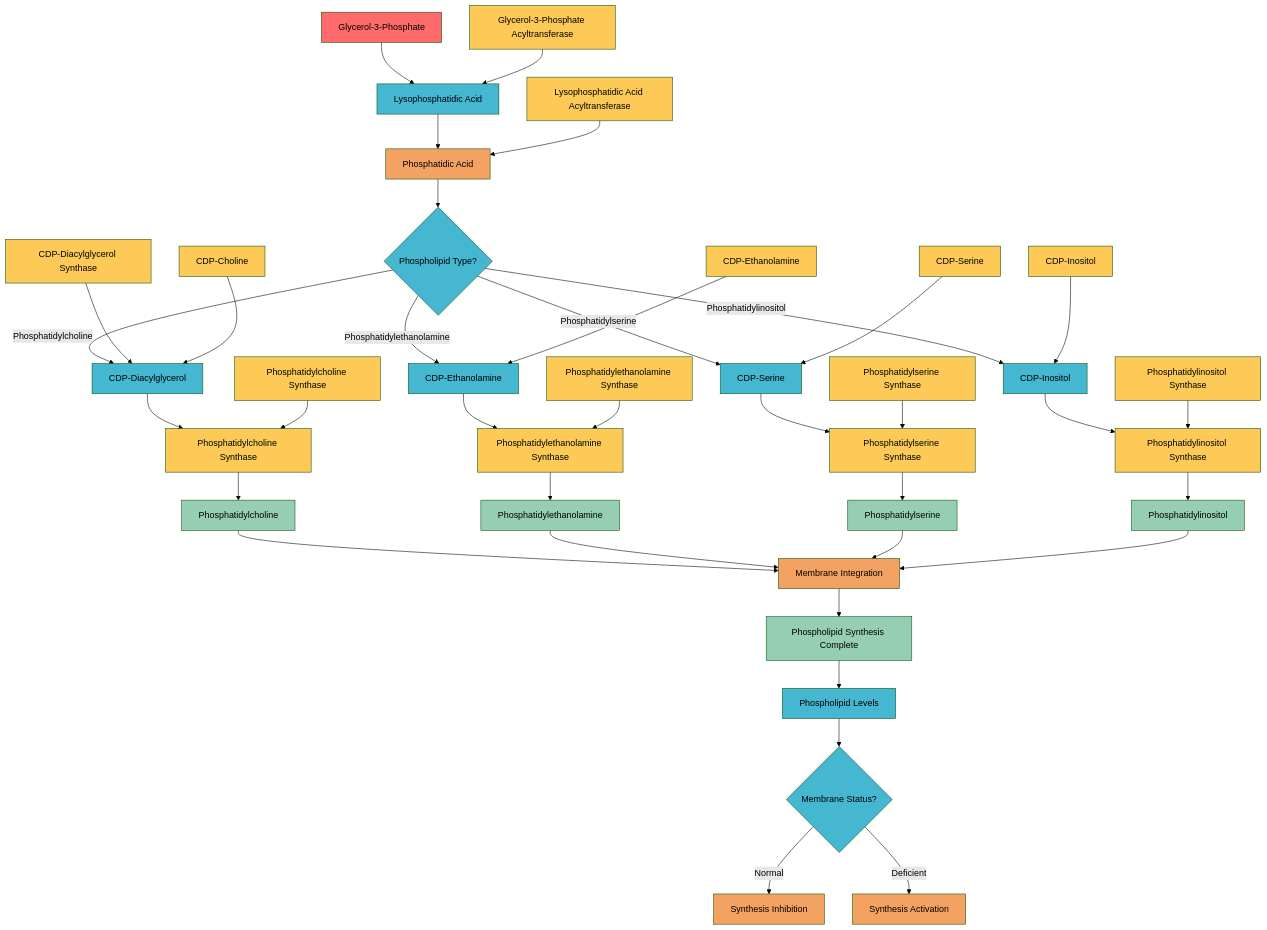
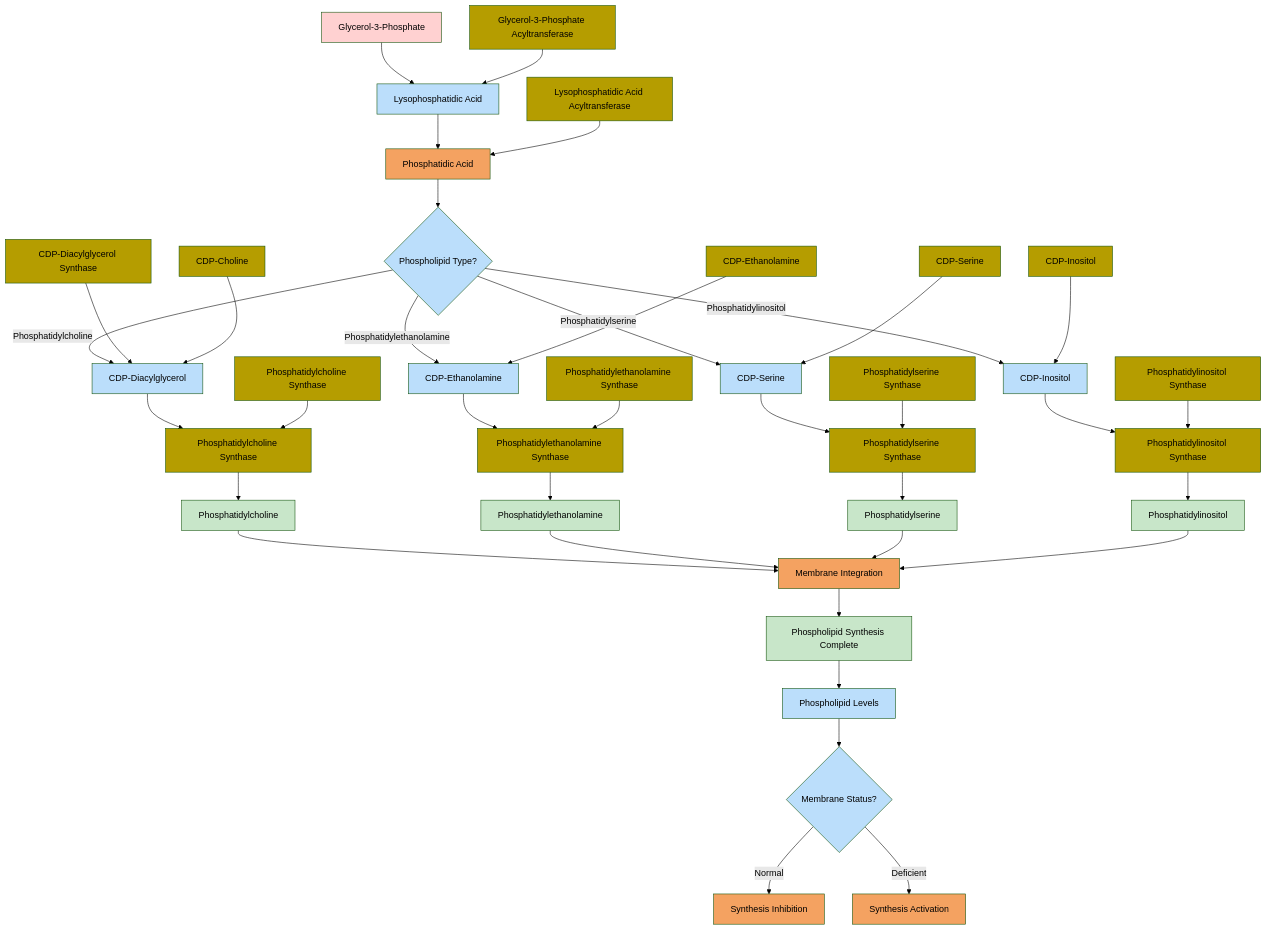
Before and after one commit to garywelz/glmp: the diagram in docs/paper/community/contributions/new_charts/batch6_03_phospholipid_synthesis.mmd, drawn with Mermaid (forest theme). The commit also changed 251 other files, not shown here.

Commit message:
Update color scheme for biological process flowcharts

```diff
--- a/docs/paper/community/contributions/new_charts/batch6_03_phospholipid_synthesis.mmd
+++ b/docs/paper/community/contributions/new_charts/batch6_03_phospholipid_synthesis.mmd
@@ -1,81 +1,81 @@
 graph TD
     A[Glycerol-3-Phosphate] --> B[Lysophosphatidic Acid]
     B --> C[Phosphatidic Acid]
     C --> D{Phospholipid Type?}
     D -->|Phosphatidylcholine| E[CDP-Diacylglycerol]
     D -->|Phosphatidylethanolamine| F[CDP-Ethanolamine]
     D -->|Phosphatidylserine| G[CDP-Serine]
     D -->|Phosphatidylinositol| H[CDP-Inositol]
     
     E --> I[Phosphatidylcholine Synthase]
     I --> J[Phosphatidylcholine]
     
     F --> K[Phosphatidylethanolamine Synthase]
     K --> L[Phosphatidylethanolamine]
     
     G --> M[Phosphatidylserine Synthase]
     M --> N[Phosphatidylserine]
     
     H --> O[Phosphatidylinositol Synthase]
     O --> P[Phosphatidylinositol]
     
     J --> Q[Membrane Integration]
     L --> Q
     N --> Q
     P --> Q
     
     Q --> R[Phospholipid Synthesis Complete]
     
     %% Regulation
     R --> S[Phospholipid Levels]
     S --> T{Membrane Status?}
     T -->|Normal| U[Synthesis Inhibition]
     T -->|Deficient| V[Synthesis Activation]
     
     %% Key proteins
     W[Glycerol-3-Phosphate Acyltransferase] --> B
     X[Lysophosphatidic Acid Acyltransferase] --> C
     Y[CDP-Diacylglycerol Synthase] --> E
     Z[Phosphatidylcholine Synthase] --> I
     AA[Phosphatidylethanolamine Synthase] --> K
     BB[Phosphatidylserine Synthase] --> M
     CC[Phosphatidylinositol Synthase] --> O
     DD[CDP-Choline] --> E
     EE[CDP-Ethanolamine] --> F
     FF[CDP-Serine] --> G
     GG[CDP-Inositol] --> H
     
     %% Styling
-    style A fill:#ff6b6b
-    style B fill:#45b7d1
+    style A fill:#ffd1d1
+    style B fill:#bbdefb
     style C fill:#f4a261
-    style D fill:#45b7d1
-    style E fill:#45b7d1
-    style F fill:#45b7d1
-    style G fill:#45b7d1
-    style H fill:#45b7d1
-    style I fill:#feca57
-    style J fill:#96ceb4
-    style K fill:#feca57
-    style L fill:#96ceb4
-    style M fill:#feca57
-    style N fill:#96ceb4
-    style O fill:#feca57
-    style P fill:#96ceb4
+    style D fill:#bbdefb
+    style E fill:#bbdefb
+    style F fill:#bbdefb
+    style G fill:#bbdefb
+    style H fill:#bbdefb
+    style I fill:#b59d00
+    style J fill:#c8e6c9
+    style K fill:#b59d00
+    style L fill:#c8e6c9
+    style M fill:#b59d00
+    style N fill:#c8e6c9
+    style O fill:#b59d00
+    style P fill:#c8e6c9
     style Q fill:#f4a261
-    style R fill:#96ceb4
-    style S fill:#45b7d1
-    style T fill:#45b7d1
+    style R fill:#c8e6c9
+    style S fill:#bbdefb
+    style T fill:#bbdefb
     style U fill:#f4a261
     style V fill:#f4a261
-    style W fill:#feca57
-    style X fill:#feca57
-    style Y fill:#feca57
-    style Z fill:#feca57
-    style AA fill:#feca57
-    style BB fill:#feca57
-    style CC fill:#feca57
-    style DD fill:#feca57
-    style EE fill:#feca57
-    style FF fill:#feca57
-    style GG fill:#feca57
+    style W fill:#b59d00
+    style X fill:#b59d00
+    style Y fill:#b59d00
+    style Z fill:#b59d00
+    style AA fill:#b59d00
+    style BB fill:#b59d00
+    style CC fill:#b59d00
+    style DD fill:#b59d00
+    style EE fill:#b59d00
+    style FF fill:#b59d00
+    style GG fill:#b59d00
```
